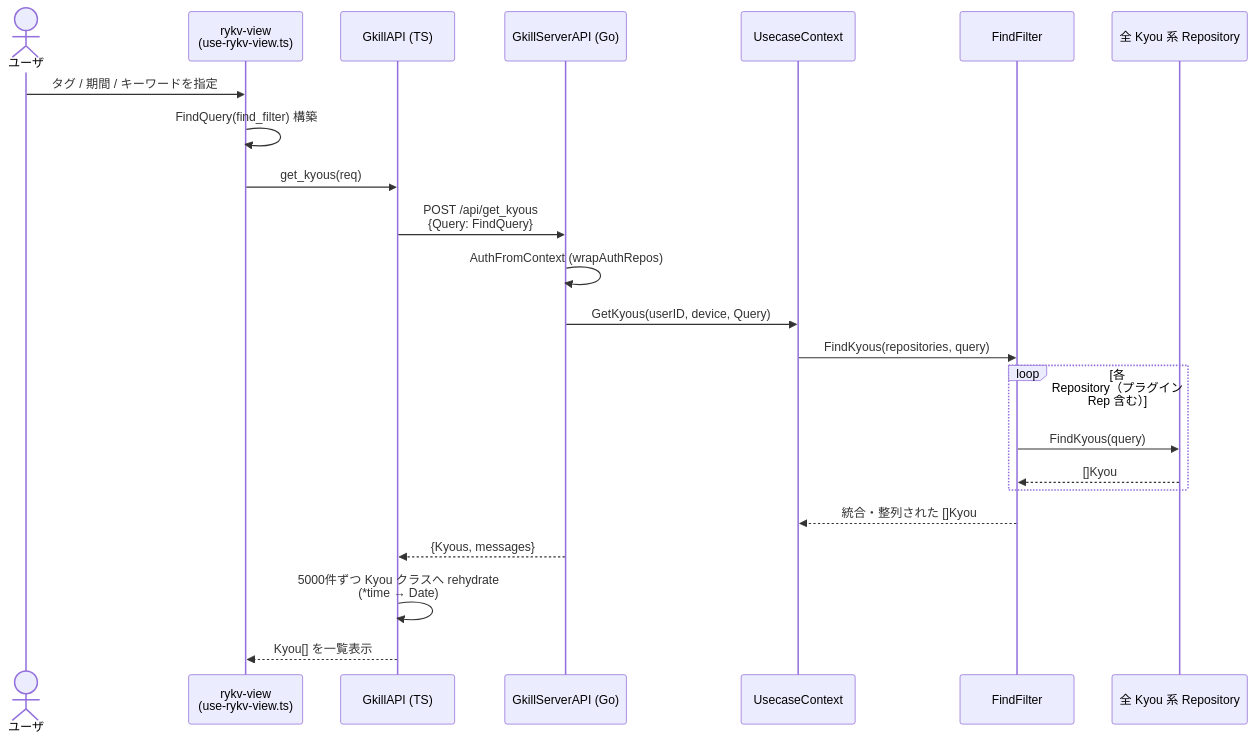
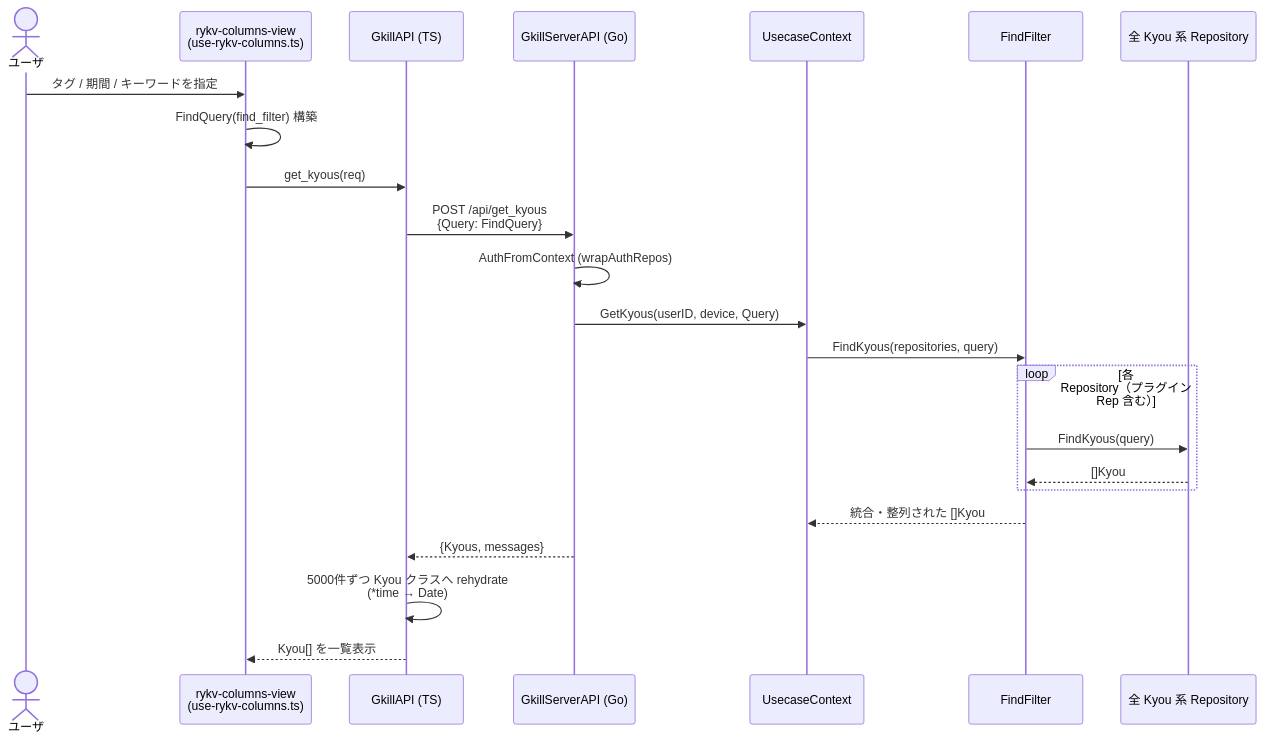
The ninth of 25 diagrams in documents/reverse/scenario.md (mt3hr/gkill), drawn with Mermaid before and after one commit. The commit also changed other lines of this file and 220 other files, not shown here.

````diff
--- a/documents/reverse/scenario.md
+++ b/documents/reverse/scenario.md
@@ -321,26 +321,26 @@
 ```mermaid
 sequenceDiagram
     actor User as ユーザ
-    participant View as rykv-view<br>(use-rykv-view.ts)
+    participant View as rykv-columns-view<br>(use-rykv-columns.ts)
     participant GkillAPI as GkillAPI (TS)
     participant API as GkillServerAPI (Go)
     participant UC as UsecaseContext
     participant FF as FindFilter
     participant Reps as 全 Kyou 系 Repository
 
     User->>View: タグ / 期間 / キーワードを指定
     View->>View: FindQuery(find_filter) 構築
     View->>GkillAPI: get_kyous(req)
     GkillAPI->>API: POST /api/get_kyous<br>{Query: FindQuery}
     API->>API: AuthFromContext (wrapAuthRepos)
     API->>UC: GetKyous(userID, device, Query)
     UC->>FF: FindKyous(repositories, query)
     loop 各 Repository（プラグイン Rep 含む）
         FF->>Reps: FindKyous(query)
         Reps-->>FF: []Kyou
     end
     FF-->>UC: 統合・整列された []Kyou
     API-->>GkillAPI: {Kyous, messages}
     GkillAPI->>GkillAPI: 5000件ずつ Kyou クラスへ rehydrate<br>(*time → Date)
     GkillAPI-->>View: Kyou[] を一覧表示
 ```
````
